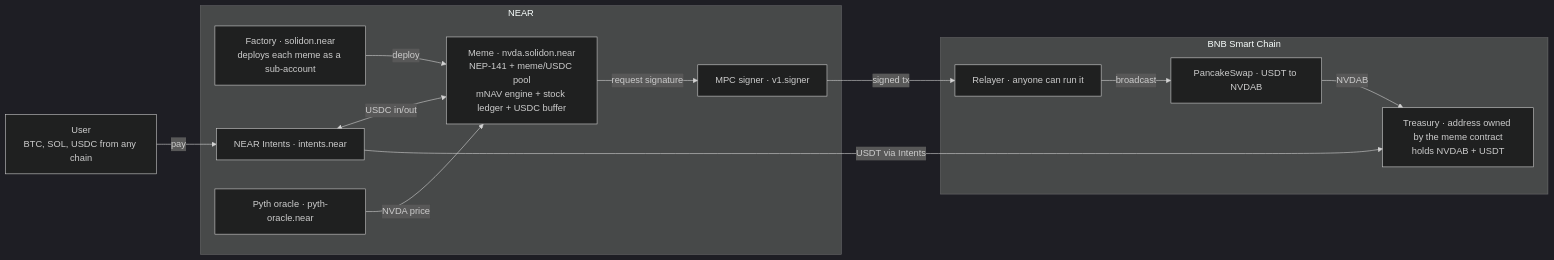
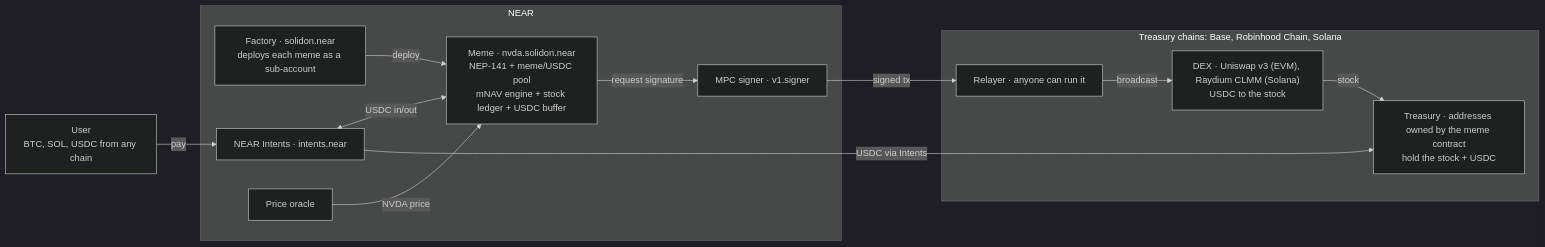
One commit to yeheskieltame/solidon changed the first of 2 diagrams in docs/SPEC.md. Above: the diagram before and after it, drawn with Mermaid (dark theme). The commit also changed other lines of this file and 20 other files, not shown here.

````diff
--- a/docs/SPEC.md
+++ b/docs/SPEC.md
@@ -90,25 +90,25 @@
 ```mermaid
 flowchart LR
   U["User<br/>BTC, SOL, USDC from any chain"]
   subgraph NEAR
     F["Factory · solidon.near<br/>deploys each meme as a sub-account"]
     M["Meme · nvda.solidon.near<br/>NEP-141 + meme/USDC pool<br/>mNAV engine + stock ledger + USDC buffer"]
     I["NEAR Intents · intents.near"]
-    P["Pyth oracle · pyth-oracle.near"]
+    P["Price oracle"]
     S["MPC signer · v1.signer"]
   end
-  subgraph BSC["BNB Smart Chain"]
+  subgraph CH["Treasury chains: Base, Robinhood Chain, Solana"]
     R["Relayer · anyone can run it"]
-    X["PancakeSwap · USDT to NVDAB"]
-    T["Treasury · address owned by the meme contract<br/>holds NVDAB + USDT"]
+    X["DEX · Uniswap v3 (EVM), Raydium CLMM (Solana)<br/>USDC to the stock"]
+    T["Treasury · addresses owned by the meme contract<br/>hold the stock + USDC"]
   end
   U -->|pay| I
   I <-->|USDC in/out| M
   F -->|deploy| M
   P -->|NVDA price| M
   M -->|request signature| S
   S -->|signed tx| R
   R -->|broadcast| X
-  X -->|NVDAB| T
-  I -->|USDT via Intents| T
+  X -->|stock| T
+  I -->|USDC via Intents| T
 ```
````
